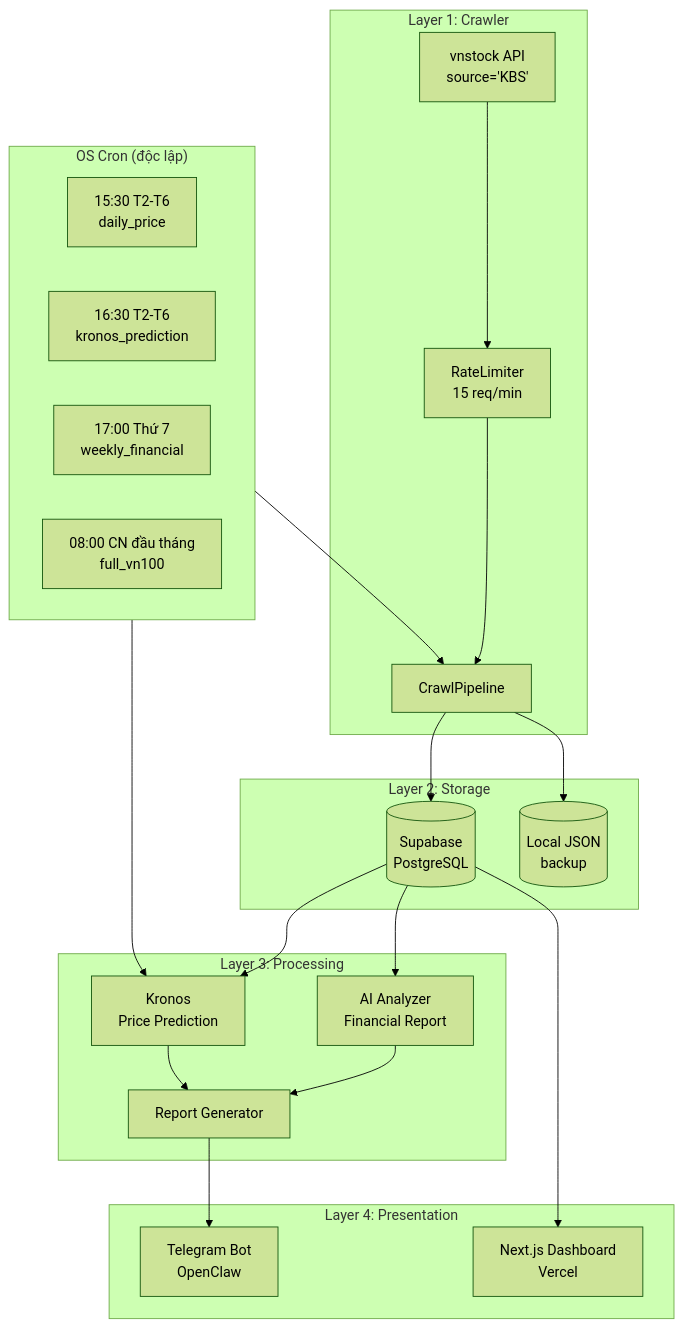
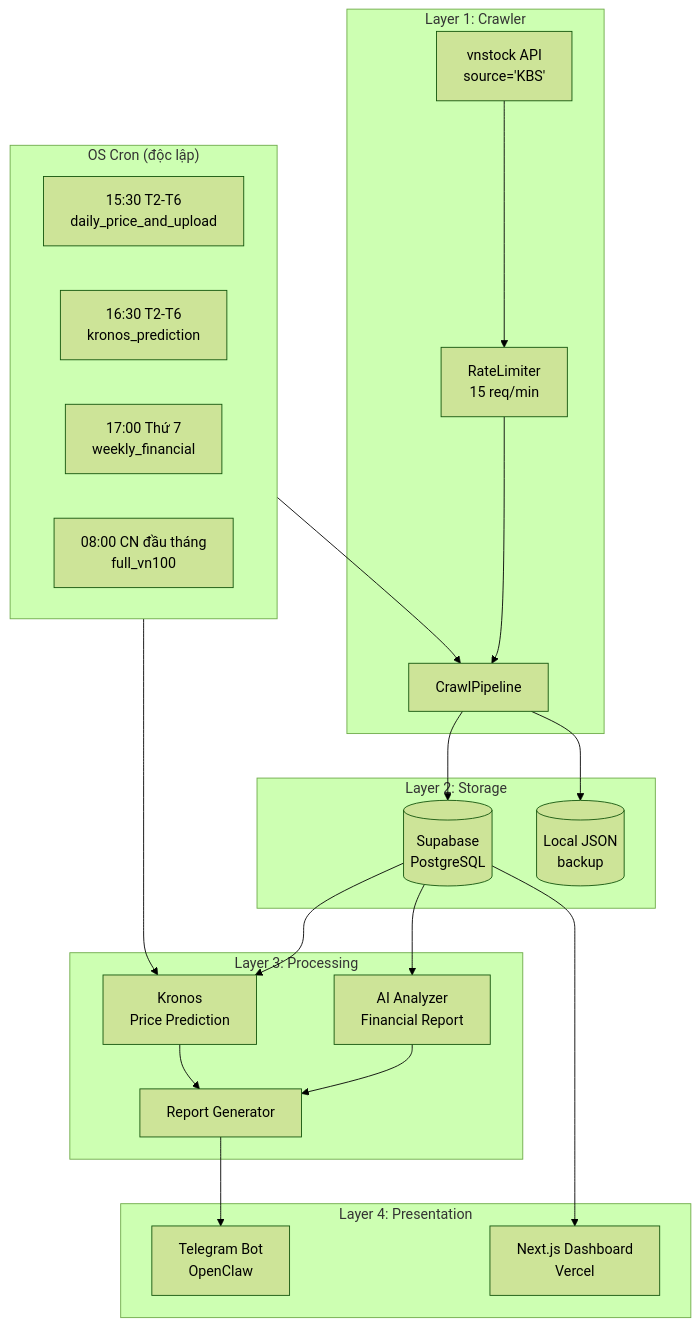
The diagram in README.md (minhlong139/aifia), drawn with Mermaid (forest theme) before and after one commit. The commit also changed other lines of this file and 2 other files, not shown here.

First line of the commit message:
Fix docs: README, ARCHITECTURE, PLAN — sync với thực tế

````diff
--- a/README.md
+++ b/README.md
@@ -28,43 +34,43 @@
 ```mermaid
 flowchart TB
     subgraph Layer1["Layer 1: Crawler"]
         VN[vnstock API<br/>source='KBS']
         P[CrawlPipeline]
         RL[RateLimiter<br/>15 req/min]
         VN --> RL --> P
     end
 
     subgraph Layer2["Layer 2: Storage"]
         SB[(Supabase<br/>PostgreSQL)]
         LJ[(Local JSON<br/>backup)]
         P --> SB
         P --> LJ
     end
 
     subgraph Layer3["Layer 3: Processing"]
         K[Kronos<br/>Price Prediction]
         AI[AI Analyzer<br/>Financial Report]
         RG[Report Generator]
         SB --> K
         SB --> AI
         K --> RG
         AI --> RG
     end
 
     subgraph Layer4["Layer 4: Presentation"]
         FE[Next.js Dashboard<br/>Vercel]
         TG[Telegram Bot<br/>OpenClaw]
         SB --> FE
         RG --> TG
     end
 
     subgraph Cron["OS Cron (độc lập)"]
-        DC[15:30 T2-T6<br/>daily_price]
+        DC[15:30 T2-T6<br/>daily_price_and_upload]
         KP[16:30 T2-T6<br/>kronos_prediction]
         WF[17:00 Thứ 7<br/>weekly_financial]
         FV[08:00 CN đầu tháng<br/>full_vn100]
     end
 
     Cron --> P
     Cron --> K
 ```
````
